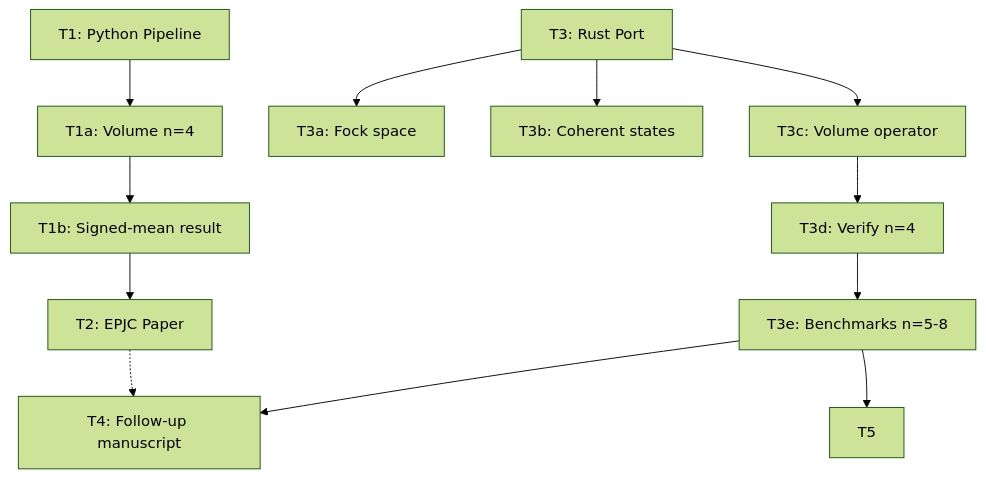
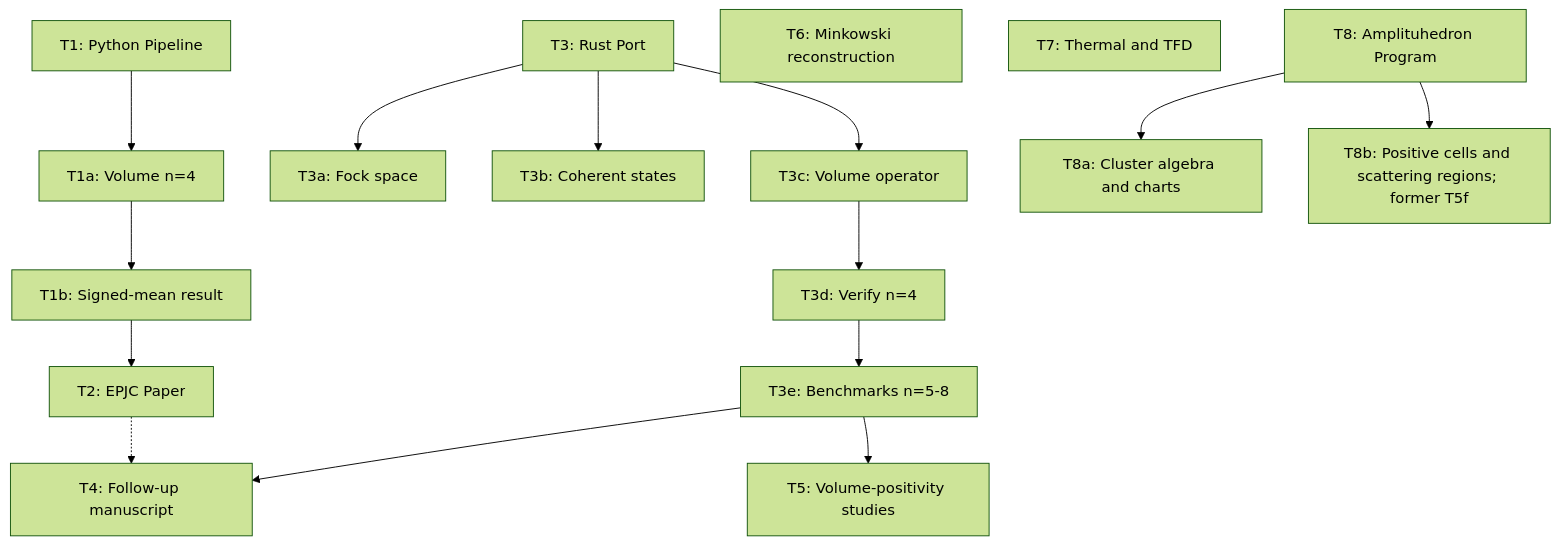
Before and after one commit to space-cadet/lqg-scattering: the diagram in memory-bank/tasks.md, drawn with Mermaid (forest theme). The commit also changed other lines of this file and 9 other files, not shown here.

First line of the commit message:
T8: Custer algebra discussion and amplituhedron tasks

````diff
--- a/memory-bank/tasks.md
+++ b/memory-bank/tasks.md
@@ -315,24 +323,32 @@
 ```mermaid
 graph TD
     T1[T1: Python Pipeline]
     T1a[T1a: Volume n=4]
     T1b[T1b: Signed-mean result]
     T2[T2: EPJC Paper]
     T3[T3: Rust Port]
     T3a[T3a: Fock space]
     T3b[T3b: Coherent states]
     T3c[T3c: Volume operator]
     T3d[T3d: Verify n=4]
     T3e[T3e: Benchmarks n=5-8]
     T4[T4: Follow-up manuscript]
+    T5[T5: Volume-positivity studies]
+    T6[T6: Minkowski reconstruction]
+    T7[T7: Thermal and TFD]
+    T8[T8: Amplituhedron Program]
+    T8a[T8a: Cluster algebra and charts]
+    T8b[T8b: Positive cells and scattering regions; former T5f]
 
     T1 --> T1a --> T1b --> T2
     T3 --> T3a
     T3 --> T3b
     T3 --> T3c
     T3c --> T3d
     T3d --> T3e
     T3e --> T4
     T2 -.-> T4
     T3e --> T5
+    T8 --> T8a
+    T8 --> T8b
 ```
````
